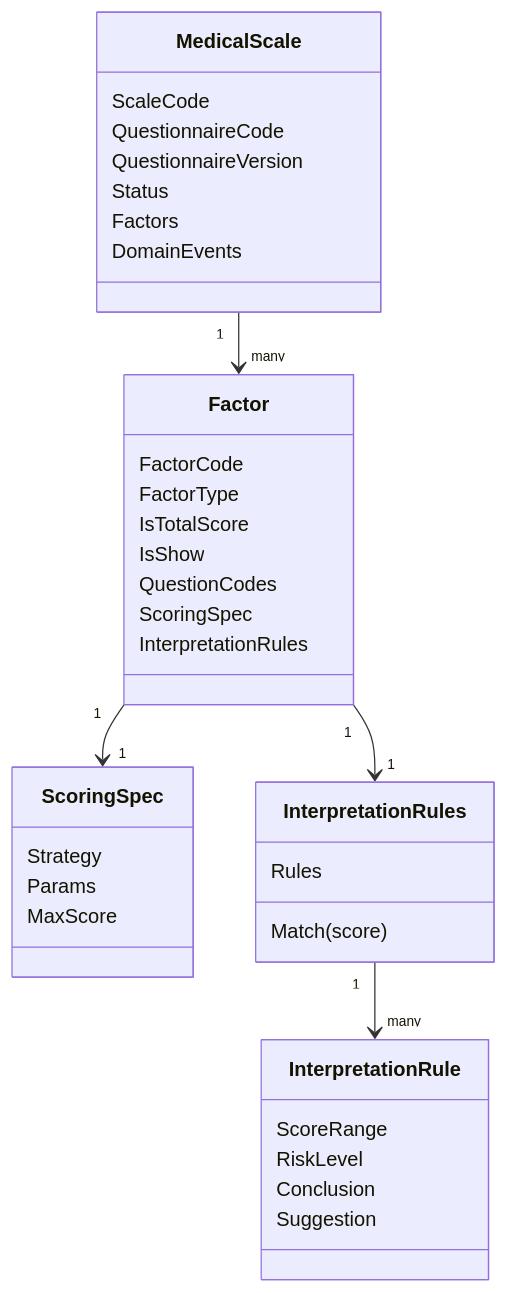
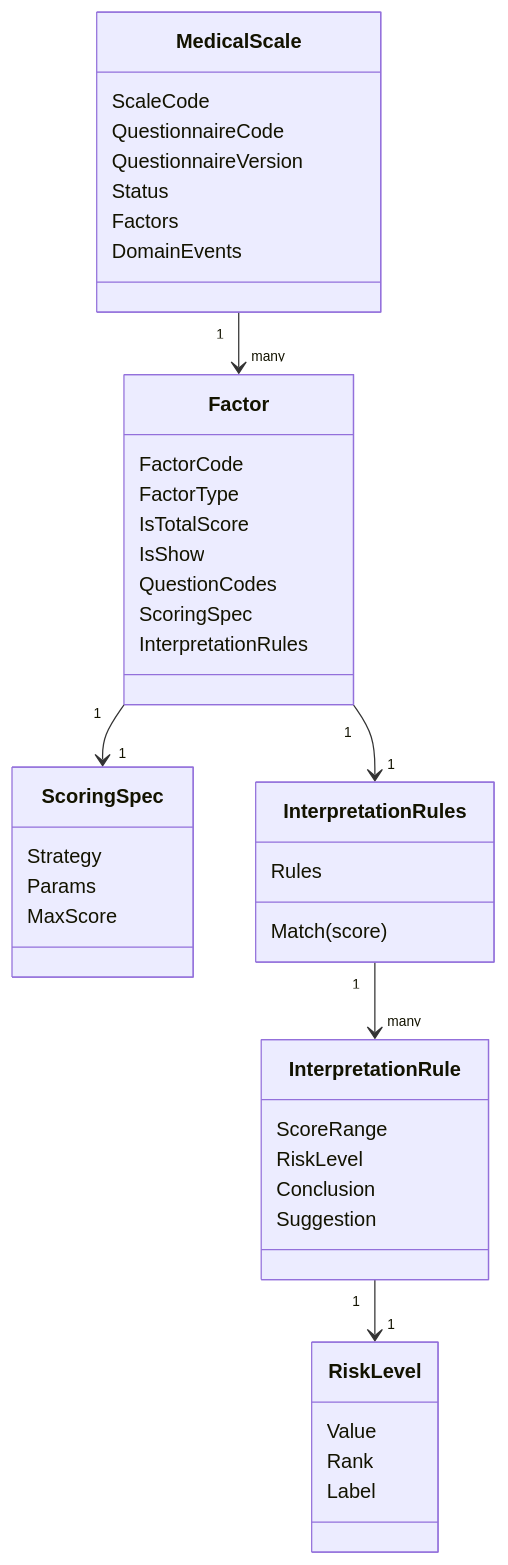
One commit to FangcunMount/qs-server changed the second of 2 diagrams in docs/02-业务模块/scale/READM.md. Above: the diagram before and after it, drawn with Mermaid. The commit also changed other lines of this file and 27 other files, not shown here.

````diff
--- a/docs/02-业务模块/scale/READM.md
+++ b/docs/02-业务模块/scale/READM.md
@@ -254,44 +378,51 @@
 ```mermaid
 classDiagram
     class MedicalScale {
         ScaleCode
         QuestionnaireCode
         QuestionnaireVersion
         Status
         Factors
         DomainEvents
     }
 
     class Factor {
         FactorCode
         FactorType
         IsTotalScore
         IsShow
         QuestionCodes
         ScoringSpec
         InterpretationRules
     }
 
     class ScoringSpec {
         Strategy
         Params
         MaxScore
     }
 
     class InterpretationRules {
         Rules
         Match(score)
     }
 
     class InterpretationRule {
         ScoreRange
         RiskLevel
         Conclusion
         Suggestion
     }
 
+    class RiskLevel {
+        Value
+        Rank
+        Label
+    }
+
     MedicalScale "1" --> "many" Factor
     Factor "1" --> "1" ScoringSpec
     Factor "1" --> "1" InterpretationRules
     InterpretationRules "1" --> "many" InterpretationRule
+    InterpretationRule "1" --> "1" RiskLevel
 ```
````
